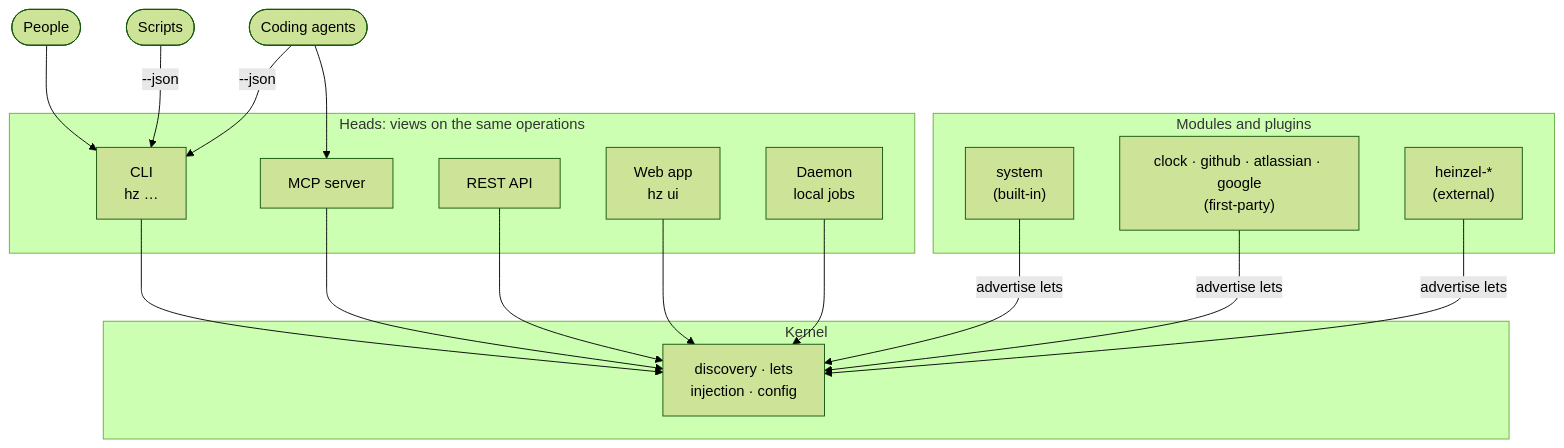
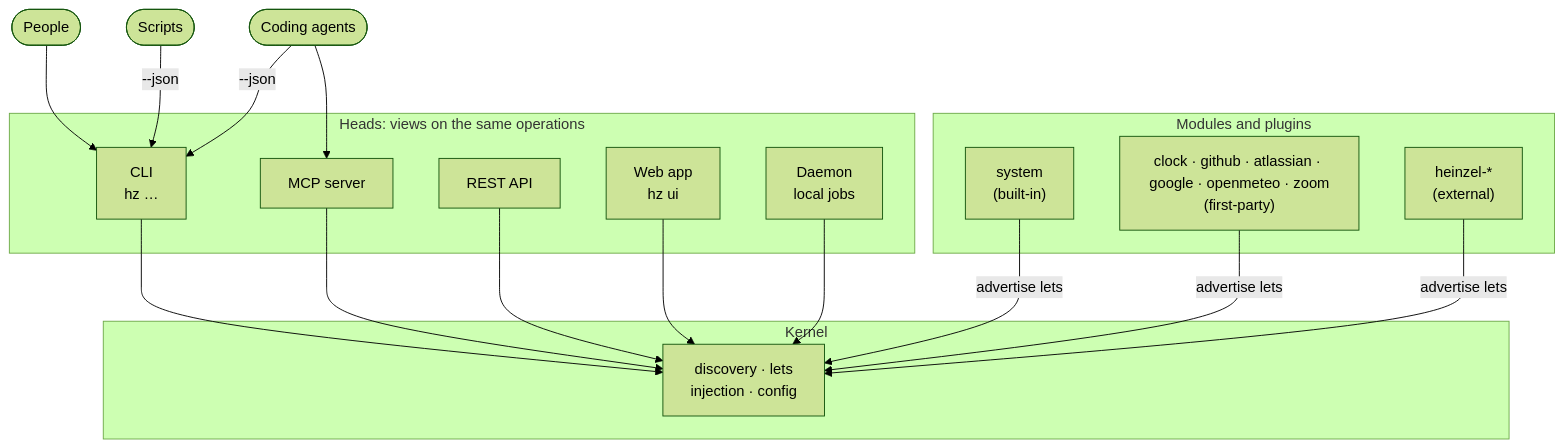
The diagram in README.md (helmut-hoffer-von-ankershoffen/heinzel), drawn with Mermaid (forest theme) before and after one commit. The commit also changed other lines of this file and 51 other files, not shown here.

````diff
--- a/README.md
+++ b/README.md
@@ -107,24 +107,24 @@
 ```mermaid
 flowchart TB
     People(["People"]) --> CLI
     Scripts(["Scripts"]) -- "--json" --> CLI
     Agents(["Coding agents"]) -- "--json" --> CLI
     Agents --> MCP
     subgraph Heads["Heads: views on the same operations"]
         CLI["CLI<br/>hz …"]
         MCP["MCP server"]
         REST["REST API"]
         Web["Web app<br/>hz ui"]
         Daemon["Daemon<br/>local jobs"]
     end
     subgraph Kernel["Kernel"]
         Core["discovery · lets<br/>injection · config"]
     end
     subgraph Modules["Modules and plugins"]
         System["system<br/>(built-in)"]
-        Clock["clock · github · atlassian · google<br/>(first-party)"]
+        Clock["clock · github · atlassian · google · openmeteo · zoom<br/>(first-party)"]
         Ext["heinzel-*<br/>(external)"]
     end
     CLI & MCP & REST & Web & Daemon --> Core
     System & Clock & Ext -- "advertise lets" --> Core
 ```
````
